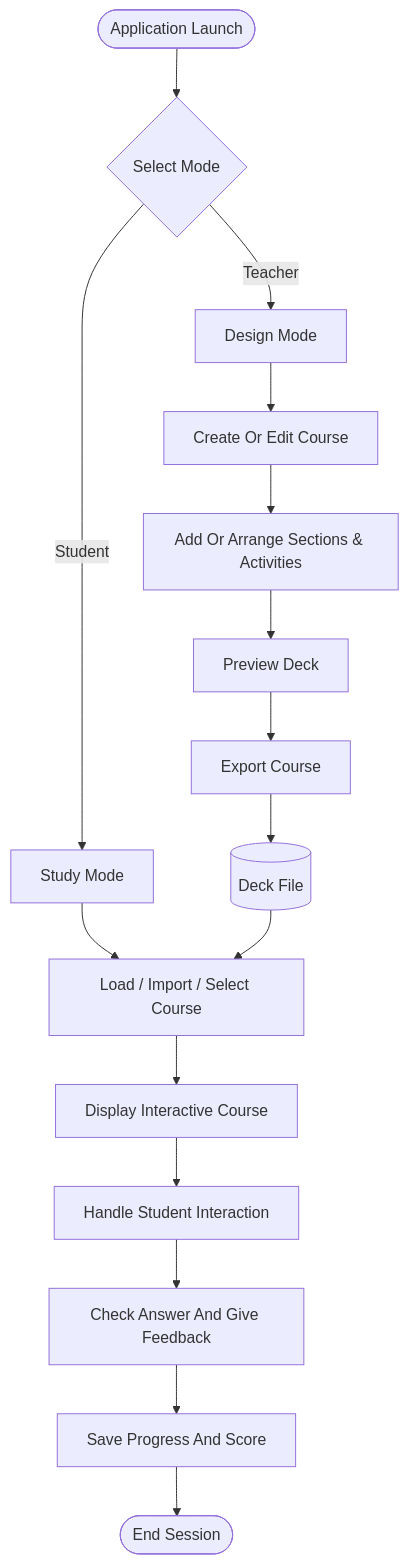
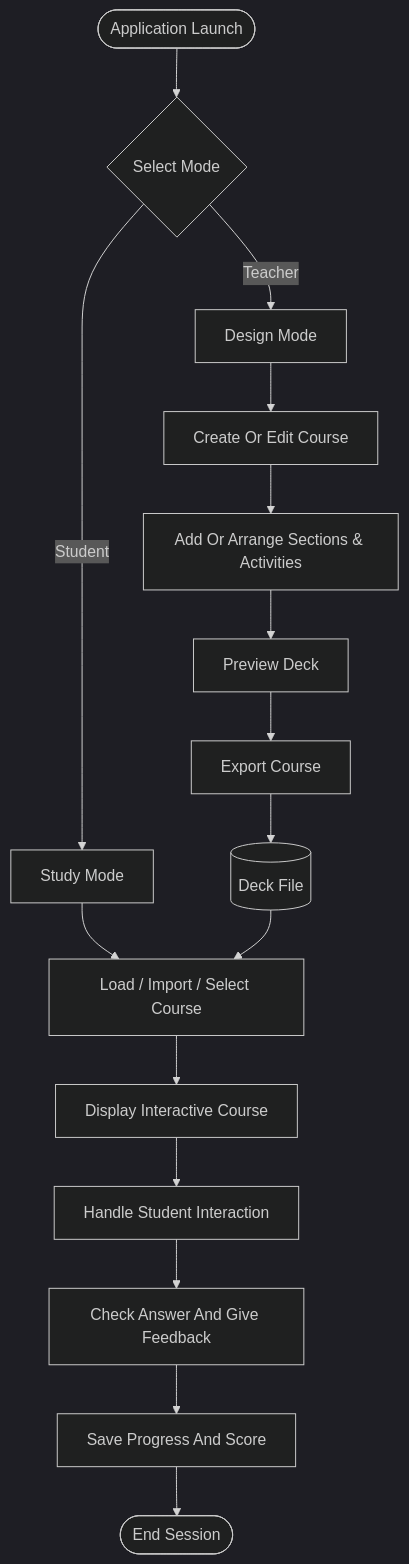
The diagram in README.md (faizan-o/sifu), drawn with Mermaid before and after one commit. The commit also changed other lines of this file, not shown here.

Commit message:
Fixed Mermaid Theming - Forced Dark Mode - README.md

````diff
--- a/README.md
+++ b/README.md
@@ -18,23 +5,24 @@
 ```mermaid
+%%{init: {'theme': 'dark'}}%%
 flowchart TD
     A([Application Launch]) --> B{Select Mode}
 
     B -->|Student| C[Study Mode]
     B -->|Teacher| D[Design Mode]
 
     D --> E[Create Or Edit Course]
     E --> F[Add Or Arrange Sections & Activities]
     F --> G[Preview Deck]
     G --> H[Export Course]
     H --> I[(Deck File)]
 
     C --> J[Load / Import / Select Course]
     I --> J
 
     J --> K[Display Interactive Course]
     K --> L[Handle Student Interaction]
     L --> M[Check Answer And Give Feedback]
     M --> N[Save Progress And Score]
 
     N --> O([End Session])
 ```
````
